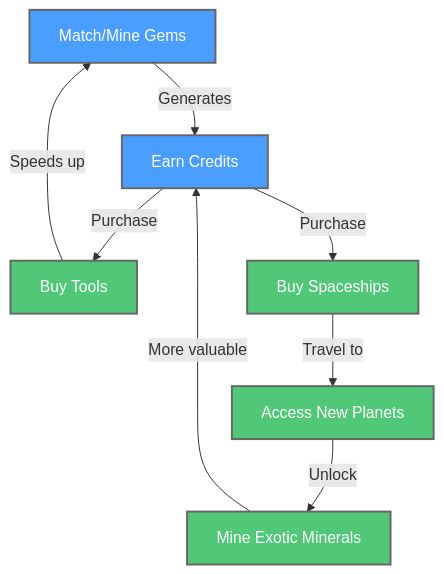
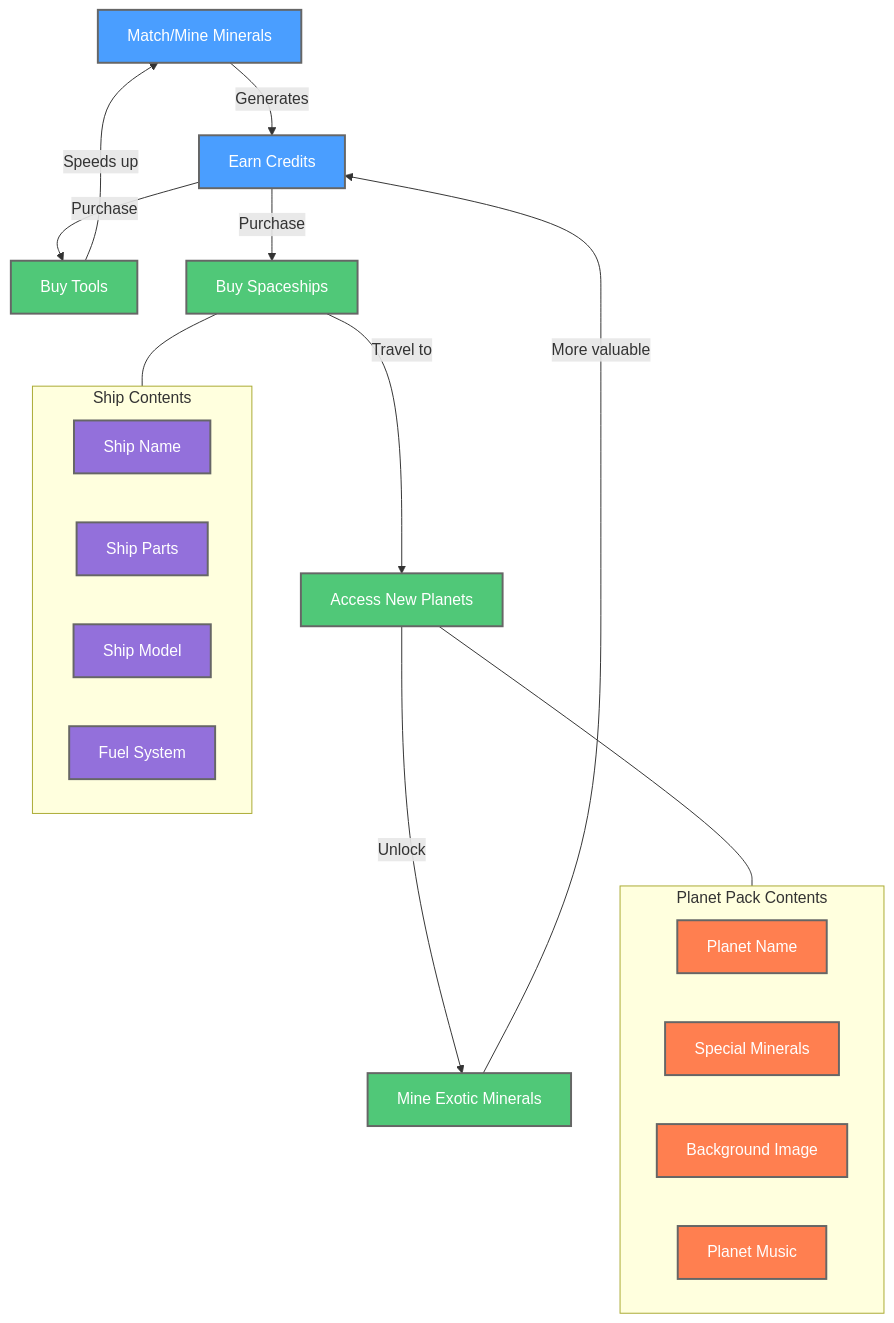
Before and after one commit to chrisaharden/SpAIceRocks: the diagram in DesignsAndPipeline/space-mining-flow.mermaid, drawn with Mermaid.

```diff
--- a/DesignsAndPipeline/space-mining-flow.mermaid
+++ b/DesignsAndPipeline/space-mining-flow.mermaid
@@ -1,21 +1,44 @@
 flowchart TD
-    Mine["Match/Mine Gems"]
+    Mine["Match/Mine Minerals"]
     Credits["Earn Credits"]
     Tools["Buy Tools"]
     Ships["Buy Spaceships"]
     Planets["Access New Planets"]
     ExoticMinerals["Mine Exotic Minerals"]
     
     Mine -->|"Generates"| Credits
     Credits -->|"Purchase"| Tools
     Credits -->|"Purchase"| Ships
     Tools -->|"Speeds up"| Mine
     Ships -->|"Travel to"| Planets
     Planets -->|"Unlock"| ExoticMinerals
     ExoticMinerals -->|"More valuable"| Credits
 
+    %% Planet Pack Contents
+    subgraph PlanetPack["Planet Pack Contents"]
+        PlanetName["Planet Name"]
+        Minerals["Special Minerals"]
+        Background["Background Image"]
+        Music["Planet Music"]
+    end
+
+    %% Ship Contents
+    subgraph ShipPack["Ship Contents"]
+        ShipName["Ship Name"]
+        Parts["Ship Parts"]
+        ShipModel["Ship Model"]
+        Fuel["Fuel System"]
+    end
+
+    Planets --- PlanetPack
+    Ships --- ShipPack
+
     classDef primary fill:#4a9eff,stroke:#666,stroke-width:2px,color:white
     classDef secondary fill:#50C878,stroke:#666,stroke-width:2px,color:white
+    classDef pack fill:#FF7F50,stroke:#666,stroke-width:2px,color:white
+    classDef ship fill:#9370DB,stroke:#666,stroke-width:2px,color:white
     
     class Mine,Credits primary
     class Tools,Ships,Planets,ExoticMinerals secondary
+    class PlanetName,Minerals,Background,Music pack
+    class ShipName,Parts,ShipModel,Fuel ship
```
